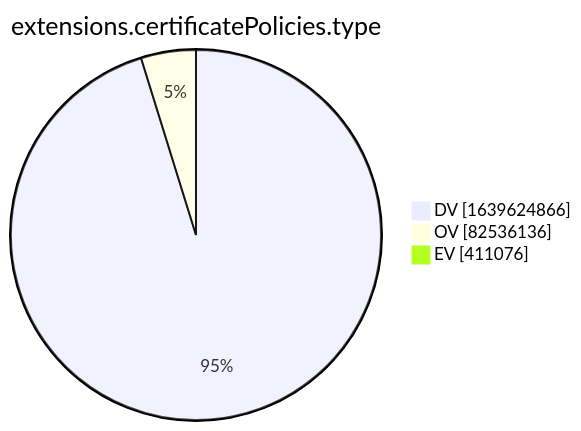
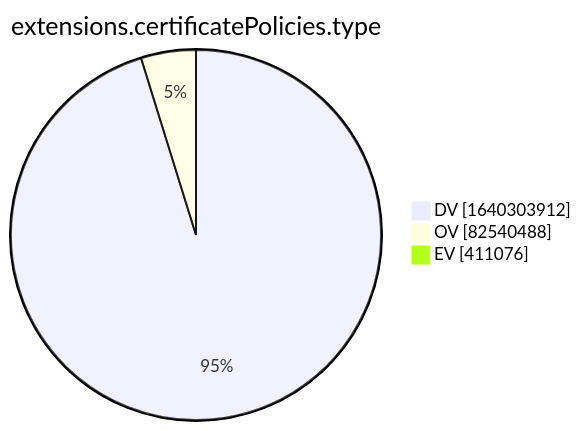
The tenth of 15 diagrams in xenon2022/README.md (christiankrug/ctmonitor_visualization), drawn with Mermaid before and after one commit. The commit also changed other lines of this file, not shown here.

````diff
--- a/xenon2022/README.md
+++ b/xenon2022/README.md
@@ -2879,7 +2879,7 @@
 ```mermaid
 pie showData
 title extensions.certificatePolicies.type
-"DV" :1639624866
-"OV" :82536136
+"DV" :1640303912
+"OV" :82540488
 "EV" :411076
 ```
````
